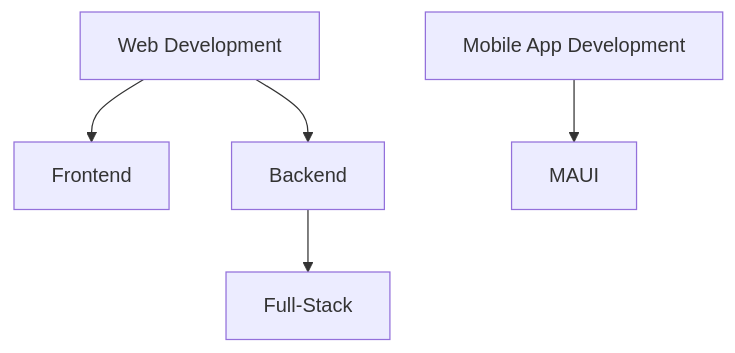
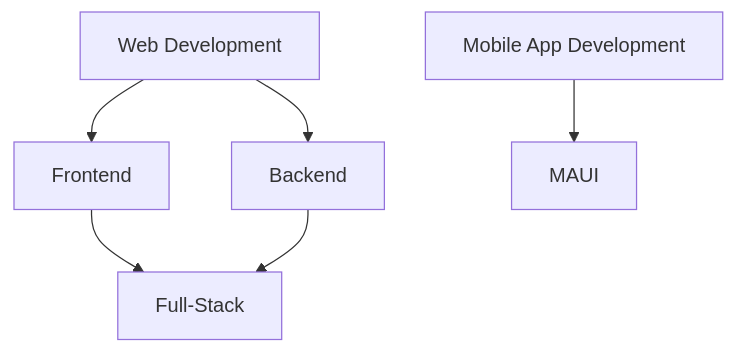
The diagram in README.md (WilloIzCitron/WilloIzCitron), drawn with Mermaid before and after one commit.

Commit message:
Fullstack is allrounder

````diff
--- a/README.md
+++ b/README.md
@@ -10,6 +10,6 @@
 ```mermaid
 graph TD;
-A[Web Development]-->B[Frontend];
+A[Web Development]-->B[Frontend]-->D[Full-Stack];
 A[Web Development]-->C[Backend]-->D[Full-Stack];
 E[Mobile App Development]-->F[MAUI];
 ```
````
